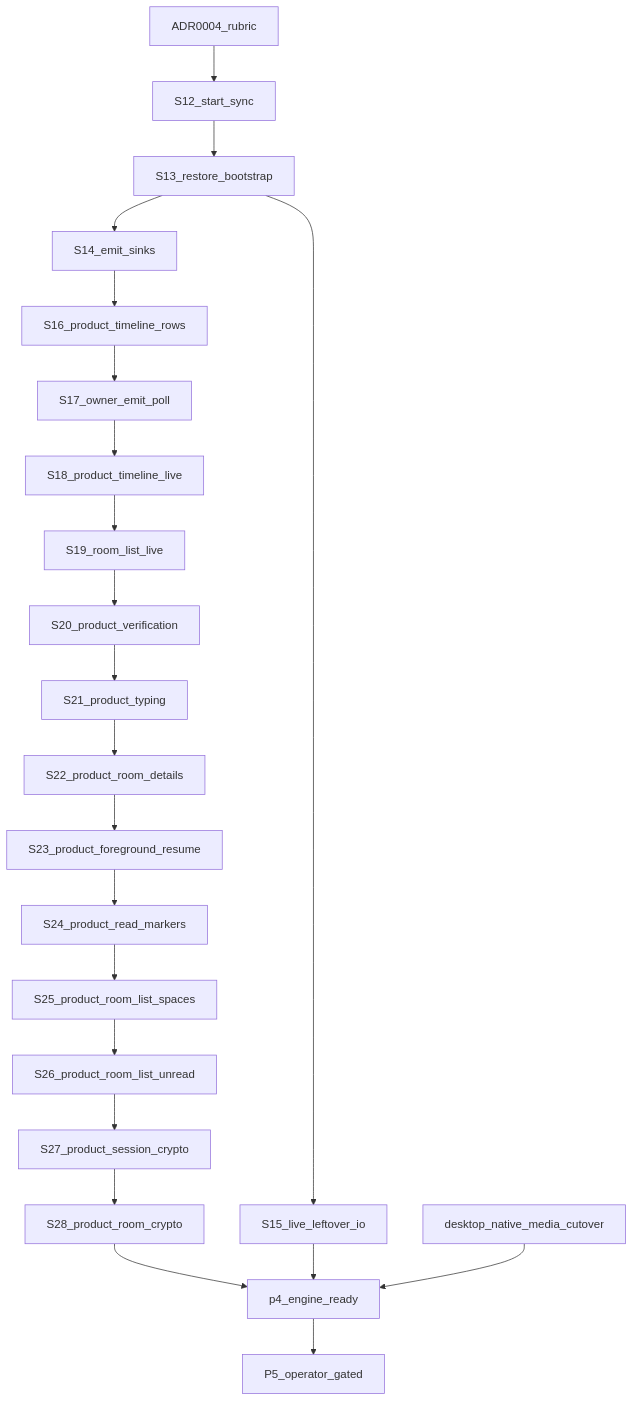
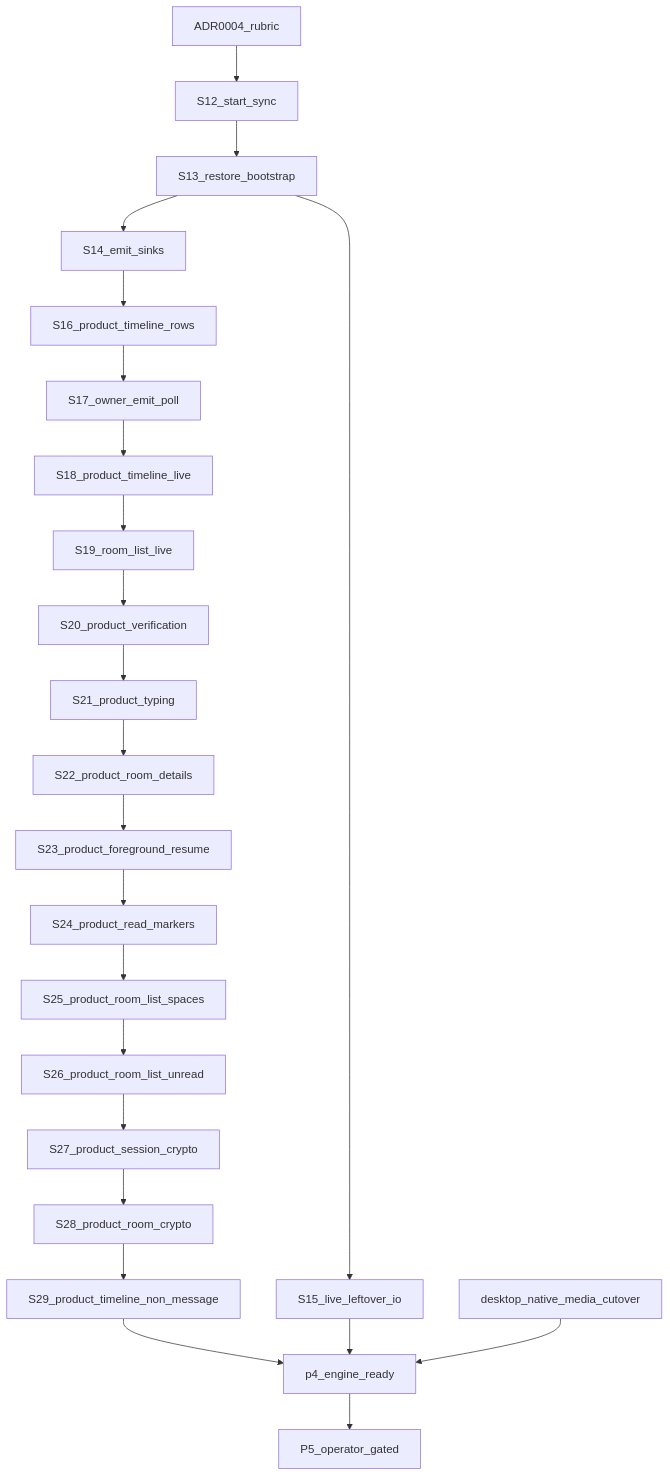
Before and after one commit to nepenth/synara-desktop: the diagram in docs/shared-native-core/13-language-boundary-goal-graph.md, drawn with Mermaid. The commit also changed other lines of this file and 3 other files, not shown here.

First line of the commit message:
feat(ios): map SharedCore poll and state timeline bodies (P4-S29)

````diff
--- a/docs/shared-native-core/13-language-boundary-goal-graph.md
+++ b/docs/shared-native-core/13-language-boundary-goal-graph.md
@@ -46,46 +46,48 @@
 ```mermaid
 flowchart TD
   adr0004[ADR0004_rubric]
   s12[S12_start_sync]
   s13[S13_restore_bootstrap]
   s14[S14_emit_sinks]
   s15[S15_live_leftover_io]
   s16[S16_product_timeline_rows]
   s17[S17_owner_emit_poll]
   s18[S18_product_timeline_live]
   s19[S19_room_list_live]
   s20[S20_product_verification]
   s21[S21_product_typing]
   s22[S22_product_room_details]
   s23[S23_product_foreground_resume]
   s24[S24_product_read_markers]
   s25[S25_product_room_list_spaces]
   s26[S26_product_room_list_unread]
   s27[S27_product_session_crypto]
   s28[S28_product_room_crypto]
+  s29[S29_product_timeline_non_message]
   media[desktop_native_media_cutover]
   done[p4_engine_ready]
   p5[P5_operator_gated]
 
   adr0004 --> s12
   s12 --> s13
   s13 --> s14
   s13 --> s15
   s14 --> s16
   s16 --> s17
   s17 --> s18
   s18 --> s19
   s19 --> s20
   s20 --> s21
   s21 --> s22
   s22 --> s23
   s23 --> s24
   s24 --> s25
   s25 --> s26
   s26 --> s27
   s27 --> s28
-  s28 --> done
+  s28 --> s29
+  s29 --> done
   s15 --> done
   media --> done
   done --> p5
 ```
````
